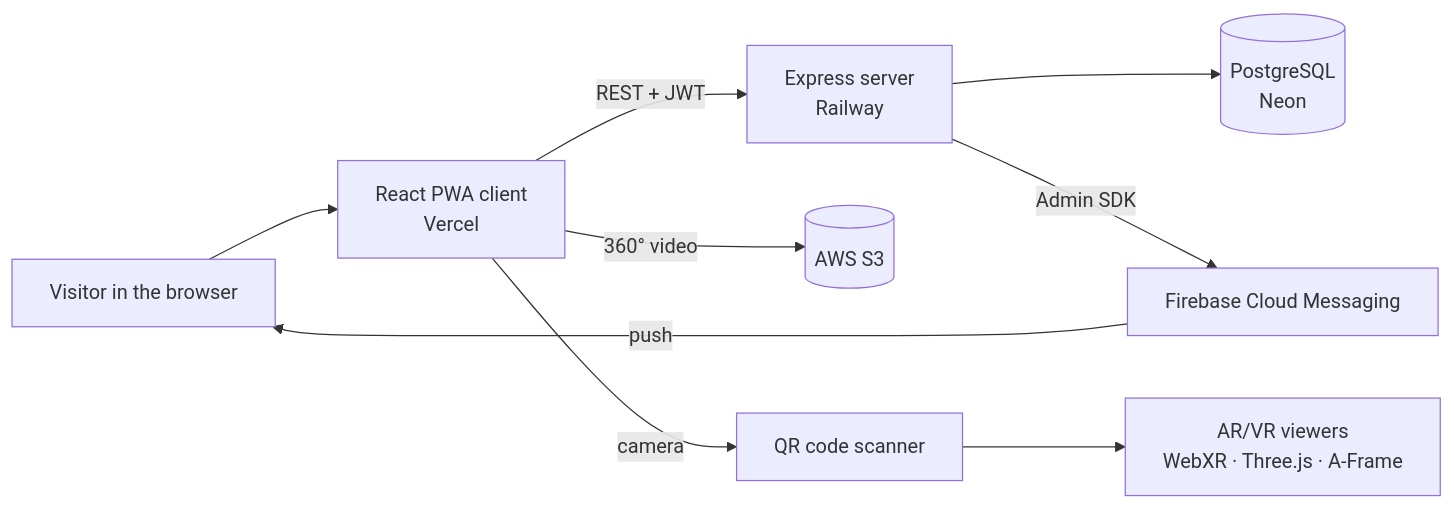
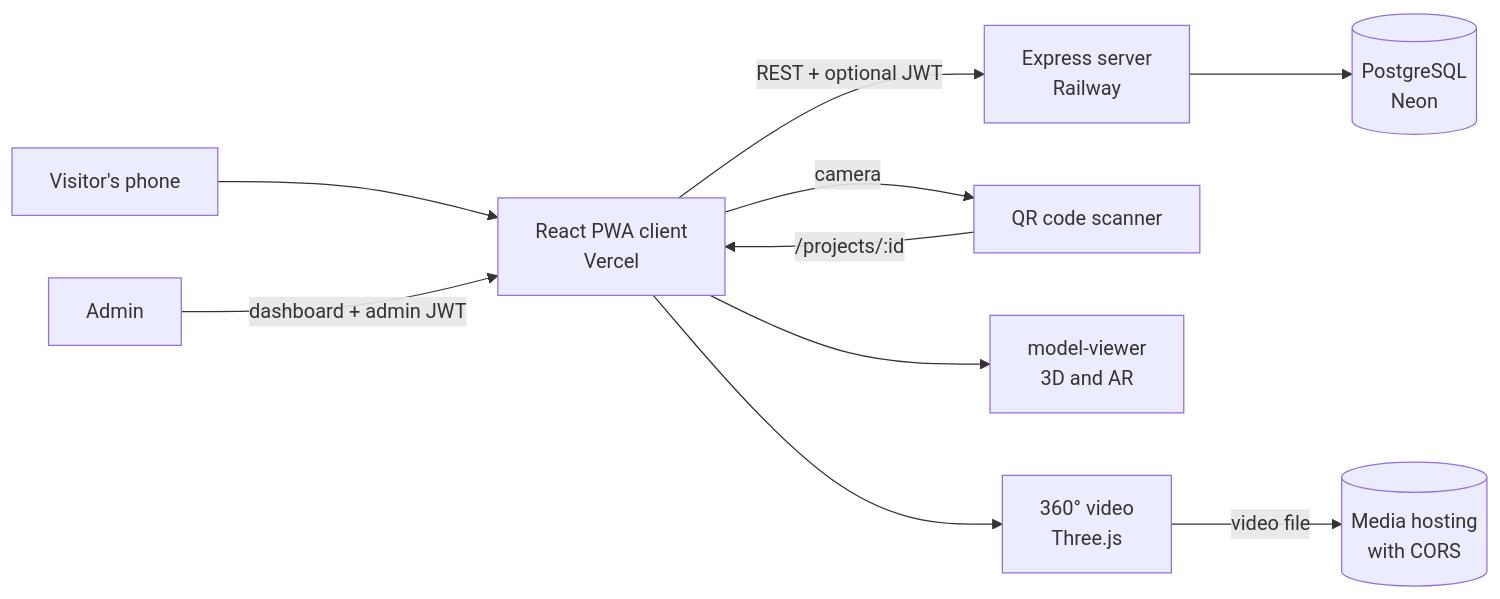
Before and after one commit to EttoreCSenatore/varhub-client: the first of 2 diagrams in website/i18n/en/docusaurus-plugin-content-docs/current/tecnico/arquitetura.md, drawn with Mermaid. The commit also changed other lines of this file and 375 other files, not shown here.

First line of the commit message:
Mobile-first client: public gallery, QR deep links, AR/360, feedback, admin dashboard (#3)

````diff
--- a/website/i18n/en/docusaurus-plugin-content-docs/current/tecnico/arquitetura.md
+++ b/website/i18n/en/docusaurus-plugin-content-docs/current/tecnico/arquitetura.md
@@ -11,11 +11,12 @@
 ```mermaid
 flowchart LR
-  U[Visitor in the browser] --> C[React PWA client<br/>Vercel]
-  C -- REST + JWT --> S[Express server<br/>Railway]
+  P[Visitor's phone] --> C[React PWA client<br/>Vercel]
+  C -- REST + optional JWT --> S[Express server<br/>Railway]
   S --> DB[(PostgreSQL<br/>Neon)]
-  S -- Admin SDK --> FCM[Firebase Cloud Messaging]
-  FCM -- push --> U
-  C -- 360° video --> S3[(AWS S3)]
   C -- camera --> QR[QR code scanner]
-  QR --> AR[AR/VR viewers<br/>WebXR · Three.js · A-Frame]
+  QR -- /projects/:id --> C
+  C --> MV[model-viewer<br/>3D and AR]
+  C --> V360[360° video<br/>Three.js]
+  V360 -- video file --> M[(Media hosting<br/>with CORS)]
+  A[Admin] -- dashboard + admin JWT --> C
 ```
````
